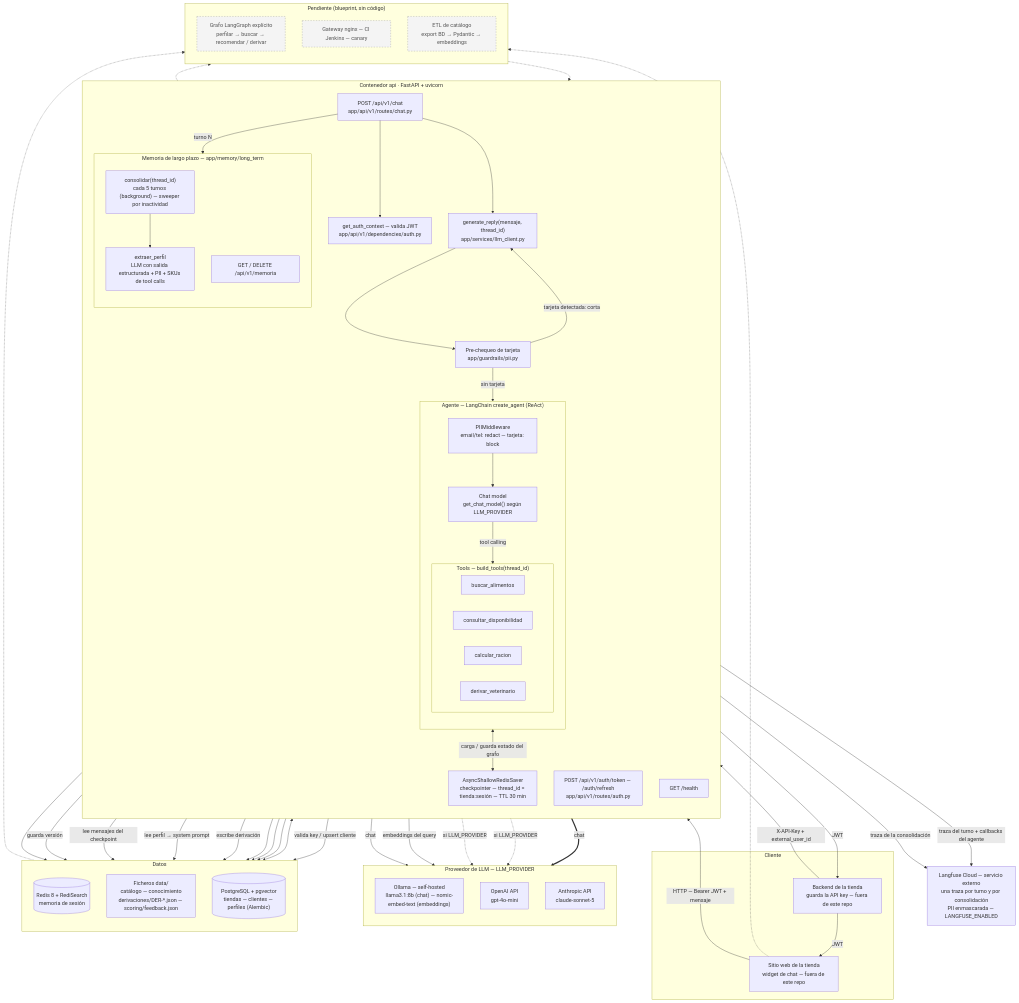
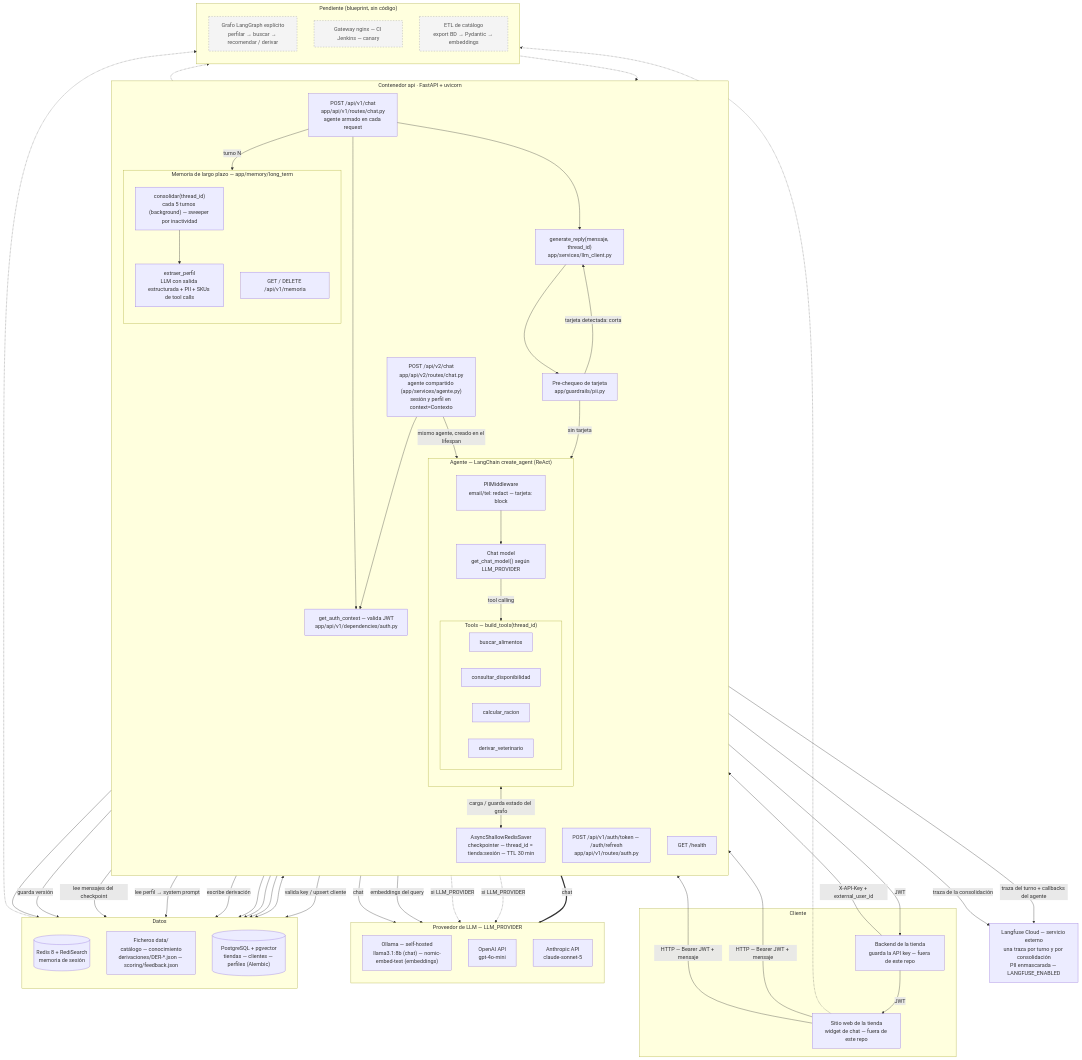
The first of 2 diagrams in docs/arquitectura.md (joseandjn/project-agent), drawn with Mermaid before and after one commit. The commit also changed 14 other files, not shown here.

Commit message:
POST /api/v2/chat con agente compartido creado al arrancar

```diff
--- a/docs/arquitectura.md
+++ b/docs/arquitectura.md
@@ -22,7 +22,8 @@
         direction TB
         authr["POST /api/v1/auth/token — /auth/refresh<br/>app/api/v1/routes/auth.py"]
         jwtdep["get_auth_context — valida JWT<br/>app/api/v1/dependencies/auth.py"]
-        route["POST /api/v1/chat<br/>app/api/v1/routes/chat.py"]
+        route["POST /api/v1/chat<br/>app/api/v1/routes/chat.py<br/>agente armado en cada request"]
+        routev2["POST /api/v2/chat<br/>app/api/v2/routes/chat.py<br/>agente compartido (app/services/agente.py)<br/>sesión y perfil en context=Contexto"]
         health["GET /health"]
         gen["generate_reply(mensaje, thread_id)<br/>app/services/llm_client.py"]
         precheck["Pre-chequeo de tarjeta<br/>app/guardrails/pii.py"]
@@ -79,6 +80,9 @@
     tback -->|"JWT"| web
     web -->|"HTTP — Bearer JWT + mensaje"| route
     route --> jwtdep
+    web -->|"HTTP — Bearer JWT + mensaje"| routev2
+    routev2 --> jwtdep
+    routev2 -->|"mismo agente, creado en el lifespan"| agente
     web -.-> gw -.-> route
     route --> gen
     gen --> precheck
```
